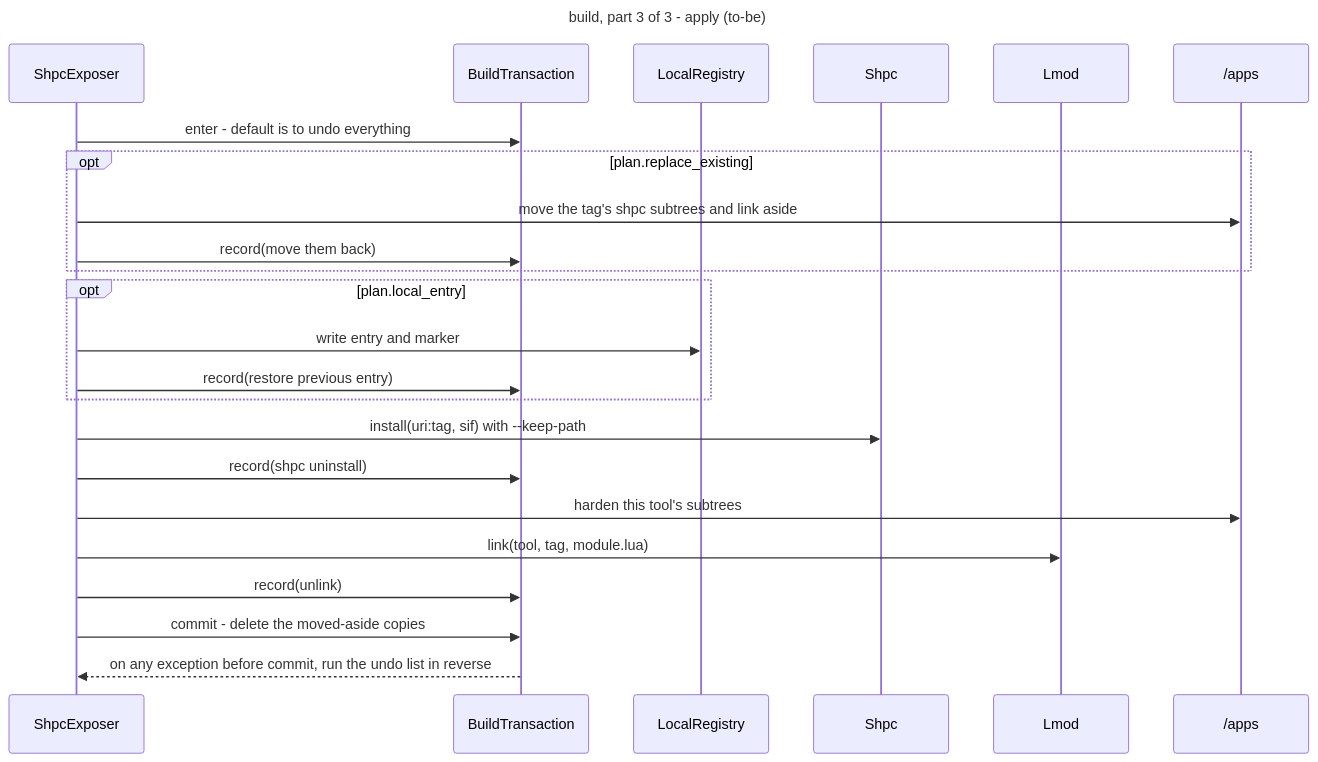
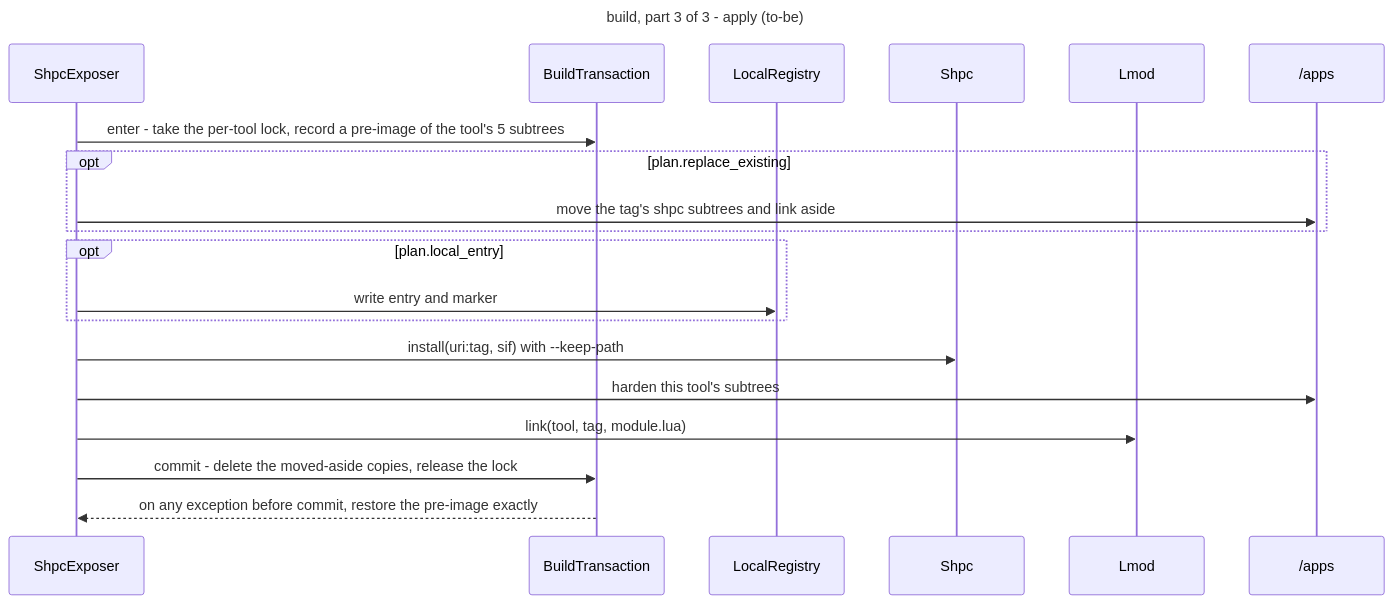
Before and after one commit to Sydney-Informatics-Hub/shelley: the eighth of 11 diagrams in docs/reference/architecture/target-state.md, drawn with Mermaid. The commit also changed other lines of this file and 5 other files, not shown here.

````diff
--- a/docs/reference/architecture/target-state.md
+++ b/docs/reference/architecture/target-state.md
@@ -388,28 +388,24 @@
 ```mermaid
 ---
 title: build, part 3 of 3 - apply (to-be)
 ---
 sequenceDiagram
     participant X as ShpcExposer
     participant T as BuildTransaction
     participant L as LocalRegistry
     participant SH as Shpc
     participant LM as Lmod
     participant FS as /apps
-    X->>T: enter - default is to undo everything
+    X->>T: enter - take the per-tool lock, record a pre-image of the tool's 5 subtrees
     opt plan.replace_existing
         X->>FS: move the tag's shpc subtrees and link aside
-        X->>T: record(move them back)
     end
     opt plan.local_entry
         X->>L: write entry and marker
-        X->>T: record(restore previous entry)
     end
     X->>SH: install(uri:tag, sif) with --keep-path
-    X->>T: record(shpc uninstall)
     X->>FS: harden this tool's subtrees
     X->>LM: link(tool, tag, module.lua)
-    X->>T: record(unlink)
-    X->>T: commit - delete the moved-aside copies
-    T-->>X: on any exception before commit, run the undo list in reverse
+    X->>T: commit - delete the moved-aside copies, release the lock
+    T-->>X: on any exception before commit, restore the pre-image exactly
 ```
````
